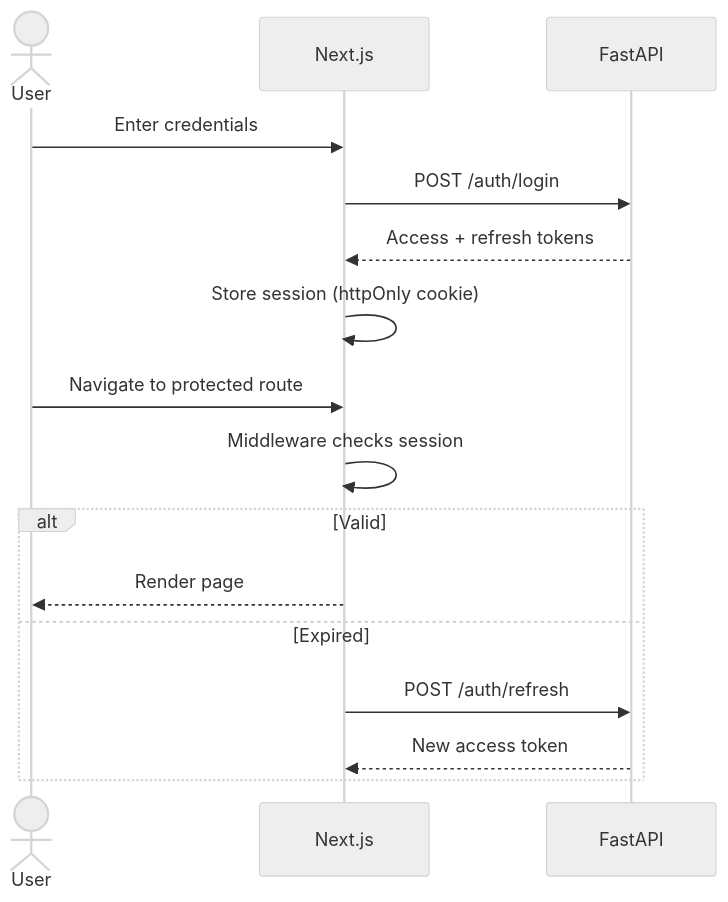
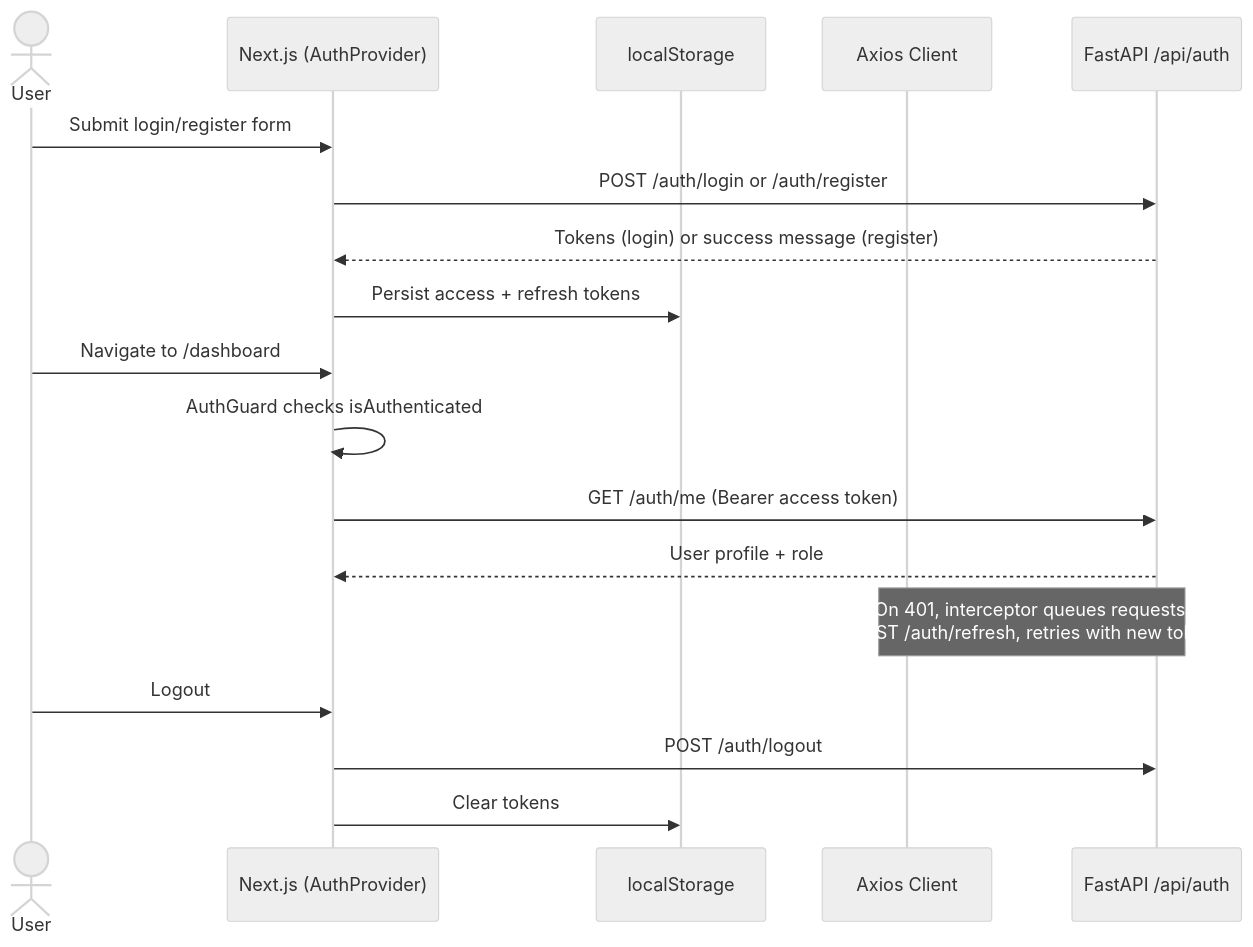
One commit to pratapVansh/TRACE changed the sixth of 13 diagrams in docs/05_FRONTEND_ARCHITECTURE.md. Above: the diagram before and after it, drawn with Mermaid (neutral theme). The commit also changed other lines of this file and 40 other files, not shown here.

````diff
--- a/docs/05_FRONTEND_ARCHITECTURE.md
+++ b/docs/05_FRONTEND_ARCHITECTURE.md
@@ -185,18 +271,20 @@
 ```mermaid
 sequenceDiagram
     actor User
-    participant FE as Next.js
-    participant API as FastAPI
-    User->>FE: Enter credentials
-    FE->>API: POST /auth/login
-    API-->>FE: Access + refresh tokens
-    FE->>FE: Store session (httpOnly cookie)
-    User->>FE: Navigate to protected route
-    FE->>FE: Middleware checks session
-    alt Valid
-        FE-->>User: Render page
-    else Expired
-        FE->>API: POST /auth/refresh
-        API-->>FE: New access token
-    end
+    participant FE as Next.js (AuthProvider)
+    participant Store as localStorage
+    participant Axios as Axios Client
+    participant API as FastAPI /api/auth
+    User->>FE: Submit login/register form
+    FE->>API: POST /auth/login or /auth/register
+    API-->>FE: Tokens (login) or success message (register)
+    FE->>Store: Persist access + refresh tokens
+    User->>FE: Navigate to /dashboard
+    FE->>FE: AuthGuard checks isAuthenticated
+    FE->>API: GET /auth/me (Bearer access token)
+    API-->>FE: User profile + role
+    Note over Axios,API: On 401, interceptor queues requests,<br/>POST /auth/refresh, retries with new token
+    User->>FE: Logout
+    FE->>API: POST /auth/logout
+    FE->>Store: Clear tokens
 ```
````
